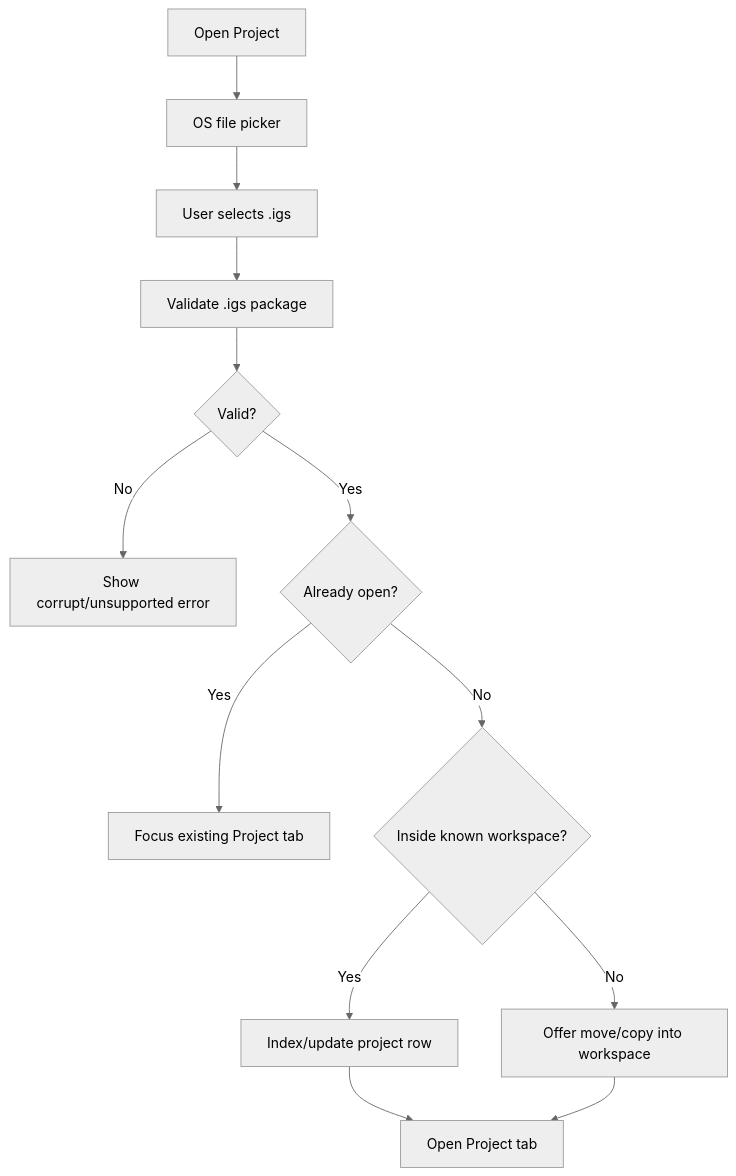
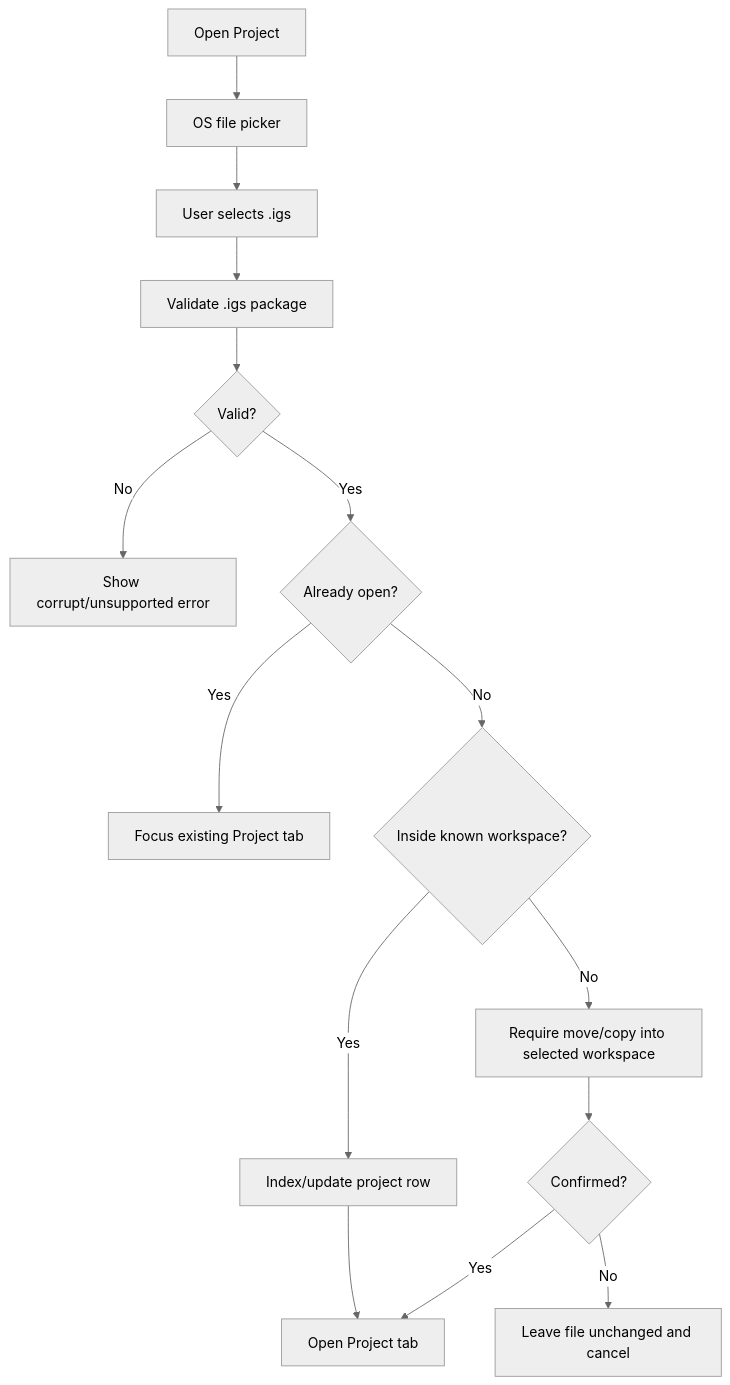
Before and after one commit to BMFreed/imagegen-studio: the fourth of 6 diagrams in docs/features/home-screen.md, drawn with Mermaid (neutral theme). The commit also changed other lines of this file and 6 other files, not shown here.

````diff
--- a/docs/features/home-screen.md
+++ b/docs/features/home-screen.md
@@ -318,15 +341,17 @@
 ```mermaid
 flowchart TD
   A["Open Project"] --> B["OS file picker"]
   B --> C["User selects .igs"]
   C --> D["Validate .igs package"]
   D --> E{"Valid?"}
   E -- "No" --> F["Show corrupt/unsupported error"]
   E -- "Yes" --> G{"Already open?"}
   G -- "Yes" --> H["Focus existing Project tab"]
   G -- "No" --> I{"Inside known workspace?"}
   I -- "Yes" --> J["Index/update project row"]
-  I -- "No" --> K["Offer move/copy into workspace"]
+  I -- "No" --> K["Require move/copy into selected workspace"]
   J --> L["Open Project tab"]
-  K --> L
+  K --> M{"Confirmed?"}
+  M -- "Yes" --> L
+  M -- "No" --> N["Leave file unchanged and cancel"]
 ```
````
